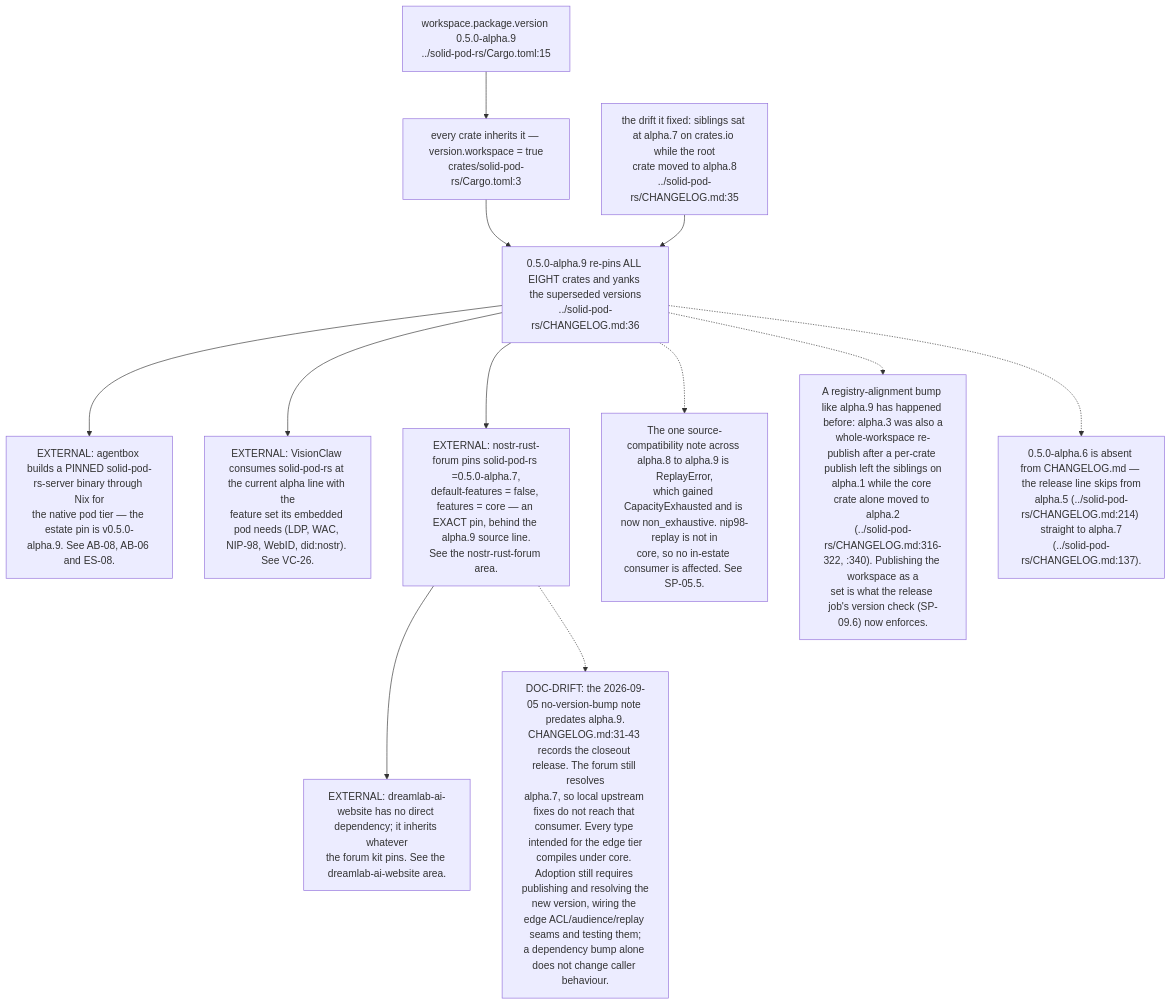
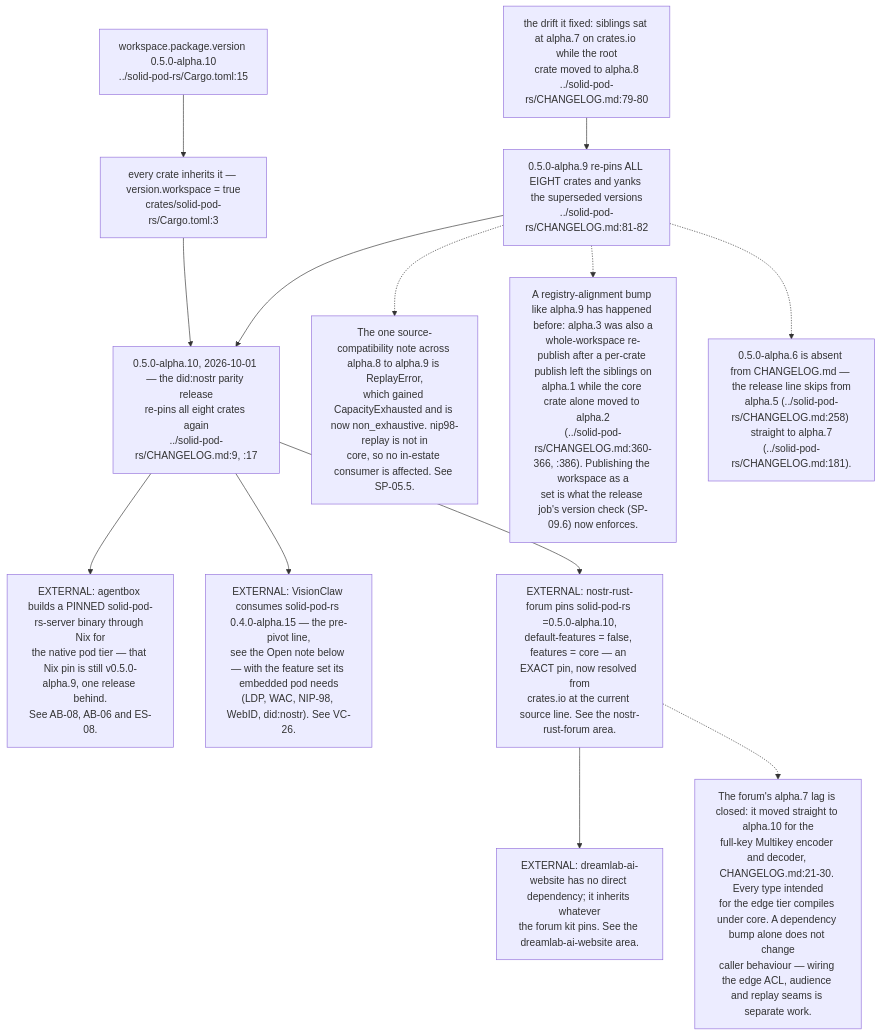
One commit to DreamLab-AI/VisionFlow changed the fifth of 9 diagrams in docs/diagrams/solid-pod-rs/09-ci-release-and-consumer-pins.md. Above: the diagram before and after it, drawn with Mermaid. The commit also changed other lines of this file and 94 other files, not shown here.

First line of the commit message:
docs(diagrams): re-verify 130 topics against 2 October HEADs

````diff
--- a/docs/diagrams/solid-pod-rs/09-ci-release-and-consumer-pins.md
+++ b/docs/diagrams/solid-pod-rs/09-ci-release-and-consumer-pins.md
@@ -160,29 +160,31 @@
 ```mermaid
 flowchart TD
-    WSV["workspace.package.version 0.5.0-alpha.9<br/>../solid-pod-rs/Cargo.toml:15"]
+    WSV["workspace.package.version 0.5.0-alpha.10<br/>../solid-pod-rs/Cargo.toml:15"]
     INH["every crate inherits it — version.workspace = true<br/>crates/solid-pod-rs/Cargo.toml:3"]
-    REL["0.5.0-alpha.9 re-pins ALL EIGHT crates and yanks the superseded versions<br/>../solid-pod-rs/CHANGELOG.md:36"]
-    DRIFT["the drift it fixed: siblings sat at alpha.7 on crates.io while the root<br/>crate moved to alpha.8<br/>../solid-pod-rs/CHANGELOG.md:35"]
+    REL10["0.5.0-alpha.10, 2026-10-01 — the did:nostr parity release<br/>re-pins all eight crates again<br/>../solid-pod-rs/CHANGELOG.md:9, :17"]
+    REL["0.5.0-alpha.9 re-pins ALL EIGHT crates and yanks the superseded versions<br/>../solid-pod-rs/CHANGELOG.md:81-82"]
+    DRIFT["the drift it fixed: siblings sat at alpha.7 on crates.io while the root<br/>crate moved to alpha.8<br/>../solid-pod-rs/CHANGELOG.md:79-80"]
 
-    WSV --> INH --> REL
+    WSV --> INH --> REL10
+    REL --> REL10
     DRIFT --> REL
 
-    AB["EXTERNAL: agentbox builds a PINNED solid-pod-rs-server binary through Nix for<br/>the native pod tier — the estate pin is v0.5.0-alpha.9. See AB-08, AB-06 and ES-08."]
-    VC["EXTERNAL: VisionClaw consumes solid-pod-rs at the current alpha line with the<br/>feature set its embedded pod needs (LDP, WAC, NIP-98, WebID, did:nostr). See VC-26."]
-    NF["EXTERNAL: nostr-rust-forum pins solid-pod-rs =0.5.0-alpha.7,<br/>default-features = false, features = core — an EXACT pin, behind the alpha.9 source line.<br/>See the nostr-rust-forum area."]
+    AB["EXTERNAL: agentbox builds a PINNED solid-pod-rs-server binary through Nix for<br/>the native pod tier — that Nix pin is still v0.5.0-alpha.9, one release behind.<br/>See AB-08, AB-06 and ES-08."]
+    VC["EXTERNAL: VisionClaw consumes solid-pod-rs 0.4.0-alpha.15 — the pre-pivot line,<br/>see the Open note below — with the feature set its embedded pod needs<br/>(LDP, WAC, NIP-98, WebID, did:nostr). See VC-26."]
+    NF["EXTERNAL: nostr-rust-forum pins solid-pod-rs =0.5.0-alpha.10,<br/>default-features = false, features = core — an EXACT pin, now resolved from<br/>crates.io at the current source line. See the nostr-rust-forum area."]
     DW["EXTERNAL: dreamlab-ai-website has no direct dependency; it inherits whatever<br/>the forum kit pins. See the dreamlab-ai-website area."]
 
-    REL --> AB
-    REL --> VC
-    REL --> NF
+    REL10 --> AB
+    REL10 --> VC
+    REL10 --> NF
     NF --> DW
 
-    N["DOC-DRIFT: the 2026-09-05 no-version-bump note predates alpha.9.<br/>CHANGELOG.md:31-43 records the closeout release. The forum still resolves<br/>alpha.7, so local upstream fixes do not reach that consumer. Every type intended for the edge tier<br/>compiles under core. Adoption still requires publishing and resolving the<br/>new version, wiring the edge ACL/audience/replay seams and testing them;<br/>a dependency bump alone does not change caller behaviour."]
+    N["The forum's alpha.7 lag is closed: it moved straight to alpha.10 for the<br/>full-key Multikey encoder and decoder, CHANGELOG.md:21-30. Every type intended<br/>for the edge tier compiles under core. A dependency bump alone does not change<br/>caller behaviour — wiring the edge ACL, audience and replay seams is separate work."]
     NF -.-> N
     N2["The one source-compatibility note across alpha.8 to alpha.9 is ReplayError,<br/>which gained CapacityExhausted and is now non_exhaustive. nip98-replay is not in<br/>core, so no in-estate consumer is affected. See SP-05.5."]
     REL -.-> N2
-    N3["A registry-alignment bump like alpha.9 has happened before: alpha.3 was also a<br/>whole-workspace re-publish after a per-crate publish left the siblings on<br/>alpha.1 while the core crate alone moved to alpha.2<br/>(../solid-pod-rs/CHANGELOG.md:316-322, :340). Publishing the workspace as a<br/>set is what the release job's version check (SP-09.6) now enforces."]
+    N3["A registry-alignment bump like alpha.9 has happened before: alpha.3 was also a<br/>whole-workspace re-publish after a per-crate publish left the siblings on<br/>alpha.1 while the core crate alone moved to alpha.2<br/>(../solid-pod-rs/CHANGELOG.md:360-366, :386). Publishing the workspace as a<br/>set is what the release job's version check (SP-09.6) now enforces."]
     REL -.-> N3
-    N4["0.5.0-alpha.6 is absent from CHANGELOG.md — the release line skips from<br/>alpha.5 (../solid-pod-rs/CHANGELOG.md:214) straight to alpha.7<br/>(../solid-pod-rs/CHANGELOG.md:137)."]
+    N4["0.5.0-alpha.6 is absent from CHANGELOG.md — the release line skips from<br/>alpha.5 (../solid-pod-rs/CHANGELOG.md:258) straight to alpha.7<br/>(../solid-pod-rs/CHANGELOG.md:181)."]
     REL -.-> N4
 ```
````
